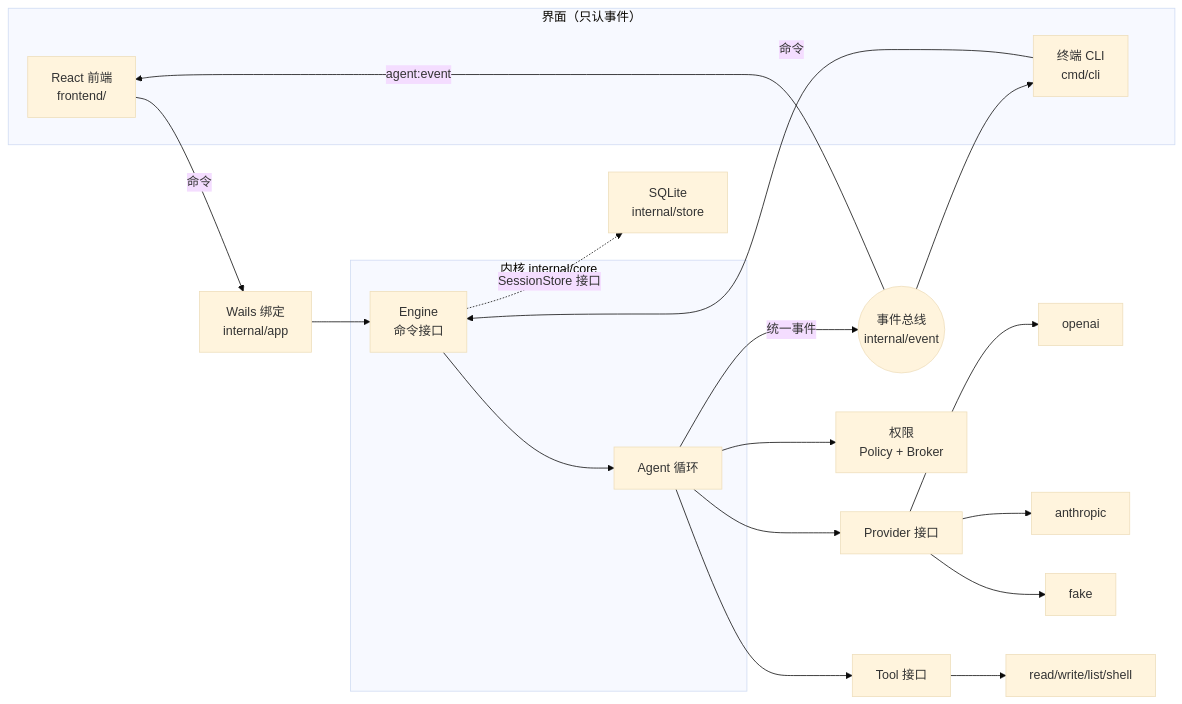
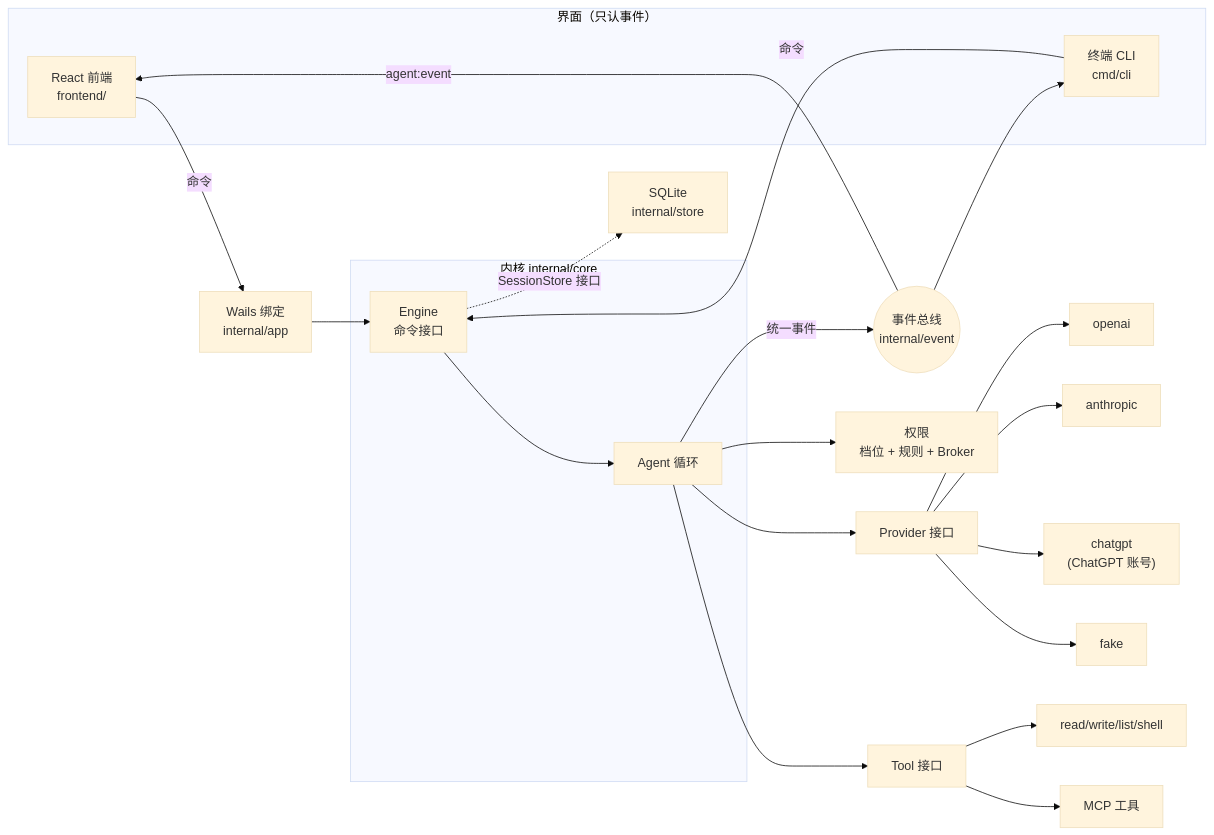
The diagram in README.md (crazyjums/mosaic), drawn with Mermaid (base theme) before and after one commit. The commit also changed other lines of this file and 8 other files, not shown here.

First line of the commit message:
docs: 更新 README 与截图（真实桌面端，含 ChatGPT 登录、MCP、权限规则、外观）

````diff
--- a/README.md
+++ b/README.md
@@ -18,26 +34,26 @@
 ```mermaid
 flowchart LR
     subgraph UI["界面（只认事件）"]
         FE["React 前端<br/>frontend/"]
         CLI["终端 CLI<br/>cmd/cli"]
     end
     APP["Wails 绑定<br/>internal/app"]
     subgraph K["内核 internal/core"]
         ENG["Engine<br/>命令接口"]
         AG["Agent 循环"]
     end
     BUS(("事件总线<br/>internal/event"))
-    P["Provider 接口"] --> OAI["openai"] & ANT["anthropic"] & FAKE["fake"]
-    T["Tool 接口"] --> BI["read/write/list/shell"]
-    PERM["权限<br/>Policy + Broker"]
+    P["Provider 接口"] --> OAI["openai"] & ANT["anthropic"] & CG["chatgpt<br/>(ChatGPT 账号)"] & FAKE["fake"]
+    T["Tool 接口"] --> BI["read/write/list/shell"] & MCP["MCP 工具"]
+    PERM["权限<br/>档位 + 规则 + Broker"]
     ST["SQLite<br/>internal/store"]
 
     FE -- "命令" --> APP --> ENG
     CLI -- "命令" --> ENG
     ENG --> AG
     AG --> P & T & PERM
     AG -- "统一事件" --> BUS
     BUS -- "agent:event" --> FE
     BUS --> CLI
     ENG -. "SessionStore 接口" .-> ST
 ```
````
